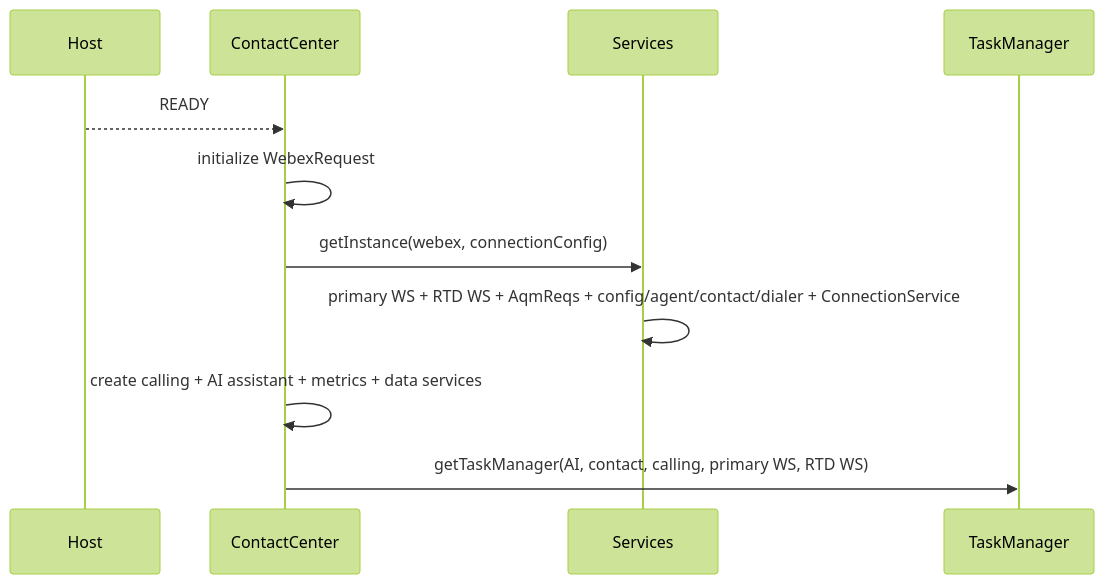
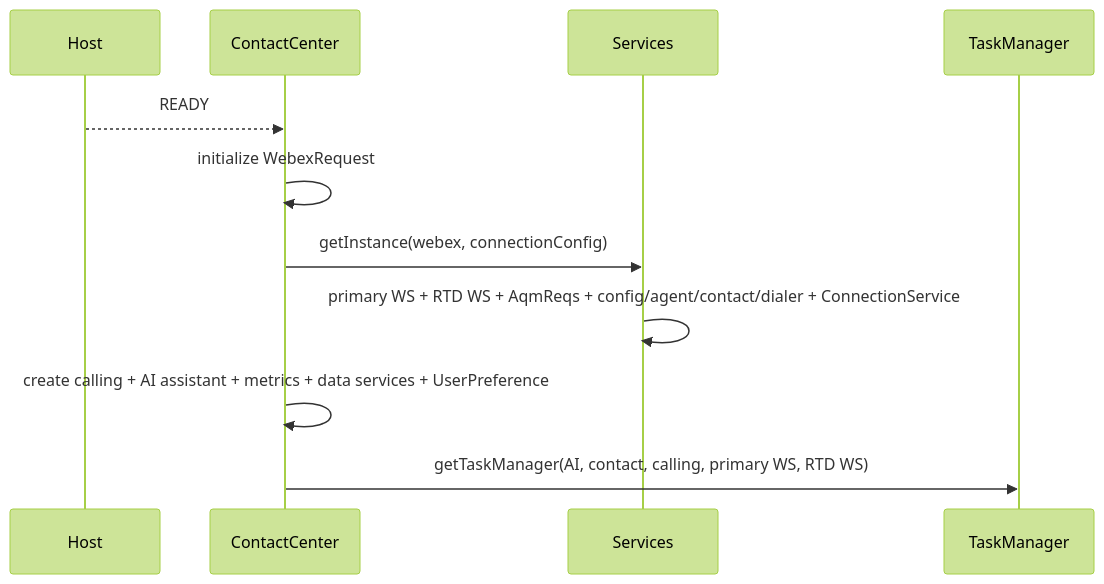
One commit to webex/webex-js-sdk changed the second of 6 diagrams in packages/@webex/contact-center/src/services/ai-docs/services-spec.md. Above: the diagram before and after it, drawn with Mermaid (forest theme). The commit also changed other lines of this file and 32 other files, not shown here.

````diff
--- a/packages/@webex/contact-center/src/services/ai-docs/services-spec.md
+++ b/packages/@webex/contact-center/src/services/ai-docs/services-spec.md
@@ -307,13 +313,13 @@
 ```mermaid
 sequenceDiagram
   participant Host
   participant CC as ContactCenter
   participant S as Services
   participant TM as TaskManager
   Host-->>CC: READY
   CC->>CC: initialize WebexRequest
   CC->>S: getInstance(webex, connectionConfig)
   S->>S: primary WS + RTD WS + AqmReqs + config/agent/contact/dialer + ConnectionService
-  CC->>CC: create calling + AI assistant + metrics + data services
+  CC->>CC: create calling + AI assistant + metrics + data services + UserPreference
   CC->>TM: getTaskManager(AI, contact, calling, primary WS, RTD WS)
 ```
````
